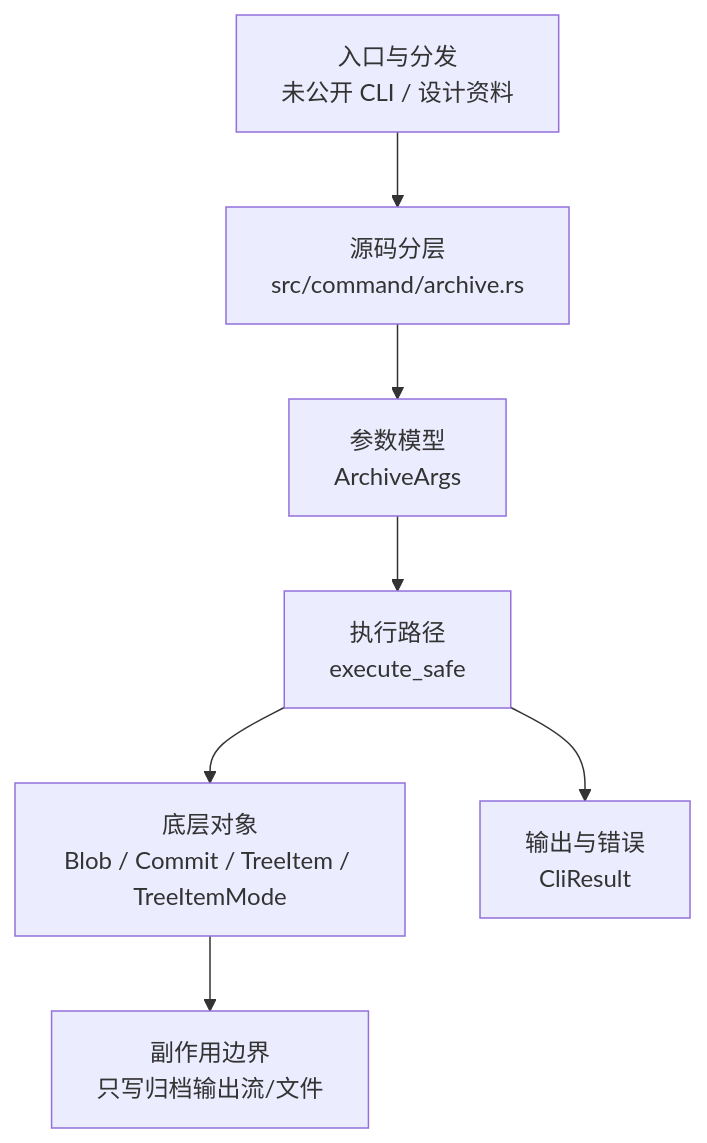
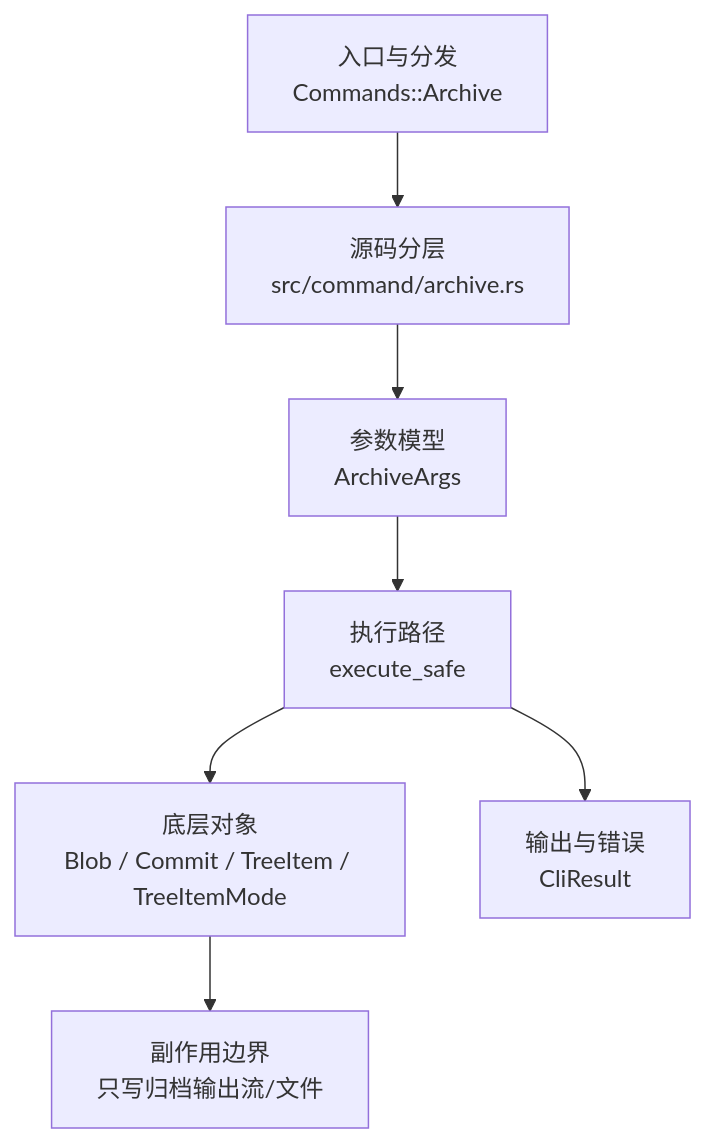
Before and after one commit to web3infra-foundation/libra: the diagram in docs/development/commands/archive.md, drawn with Mermaid. The commit also changed other lines of this file and 17 other files, not shown here.

Commit message:
feat(archive): expose archive CLI, add archive dependencies, fix clippy lints, bump v0.17.1472

````diff
--- a/docs/development/commands/archive.md
+++ b/docs/development/commands/archive.md
@@ -22,9 +20,9 @@
 ```mermaid
 flowchart TD
-    A["入口与分发<br/>未公开 CLI / 设计资料"] --> B["源码分层<br/>src/command/archive.rs"]
+    A["入口与分发<br/>Commands::Archive"] --> B["源码分层<br/>src/command/archive.rs"]
     B --> C["参数模型<br/>ArchiveArgs"]
     C --> D["执行路径<br/>execute_safe"]
     D --> E["底层对象<br/>Blob / Commit / TreeItem / TreeItemMode"]
     D --> F["输出与错误<br/>CliResult"]
     E --> G["副作用边界<br/>只写归档输出流/文件"]
 ```
````
